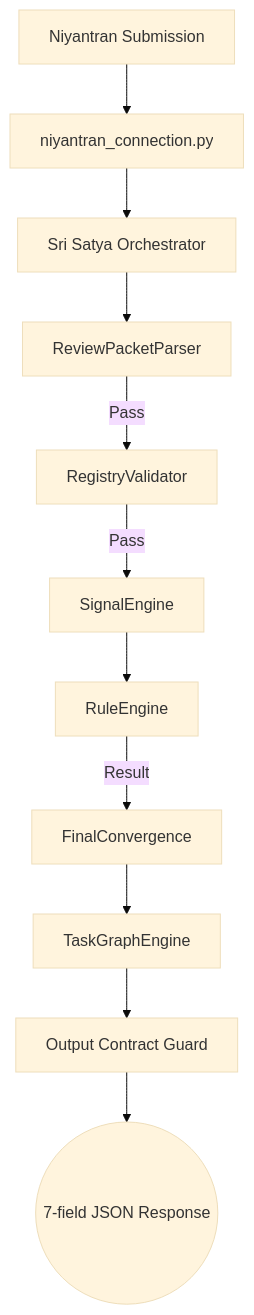
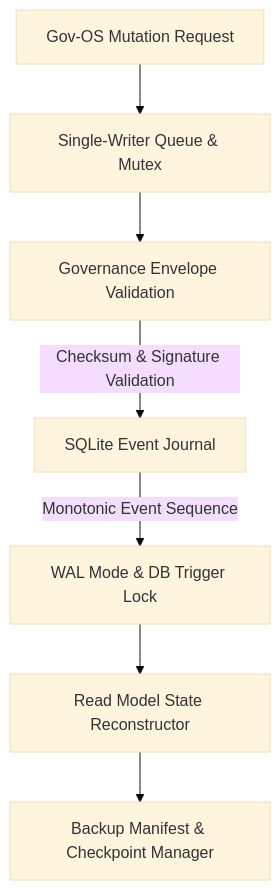
The diagram in docs/ARCHITECTURE.md (blackholeinfiverse78-rgb/Task-Review-Agent-Full-Product-Evolution), drawn with Mermaid (base theme) before and after one commit. The commit also changed other lines of this file and 158 other files, not shown here.

Commit message:
[PARIKSHAK-GOV-OS] Add Gov-OS core: immutable journal, governance pipeline, integrity validator, GPT bridge, backup/recovery, ecosystem integrations

````diff
--- a/docs/ARCHITECTURE.md
+++ b/docs/ARCHITECTURE.md
@@ -50,13 +23,9 @@
 ```mermaid
 graph TD
-    A[Niyantran Submission] --> B[niyantran_connection.py]
-    B --> C[Sri Satya Orchestrator]
-    C --> D[ReviewPacketParser]
-    D -- Pass --> E[RegistryValidator]
-    E -- Pass --> F[SignalEngine]
-    F --> G[RuleEngine]
-    G -- Result --> H[FinalConvergence]
-    H --> I[TaskGraphEngine]
-    I --> J[Output Contract Guard]
-    J --> K((7-field JSON Response))
+    A[Gov-OS Mutation Request] --> B[Single-Writer Queue & Mutex]
+    B --> C[Governance Envelope Validation]
+    C -- Checksum & Signature Validation --> D[SQLite Event Journal]
+    D -- Monotonic Event Sequence --> E[WAL Mode & DB Trigger Lock]
+    E --> F[Read Model State Reconstructor]
+    F --> G[Backup Manifest & Checkpoint Manager]
 ```
````
